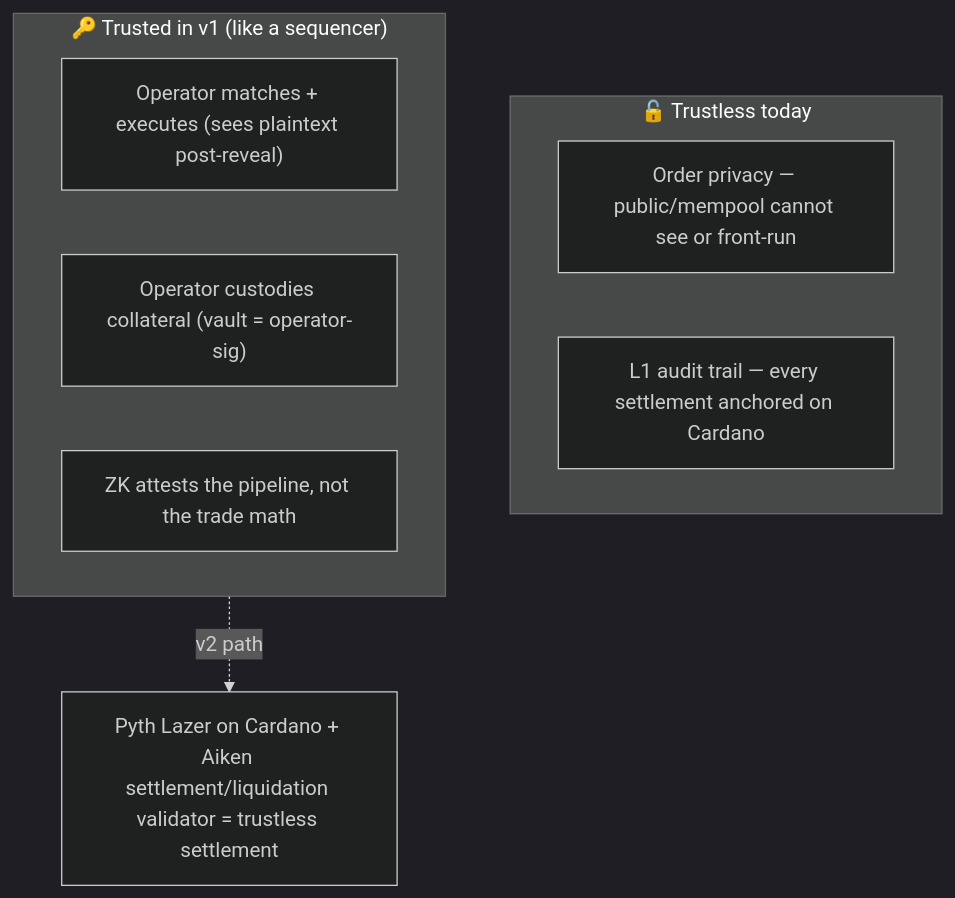
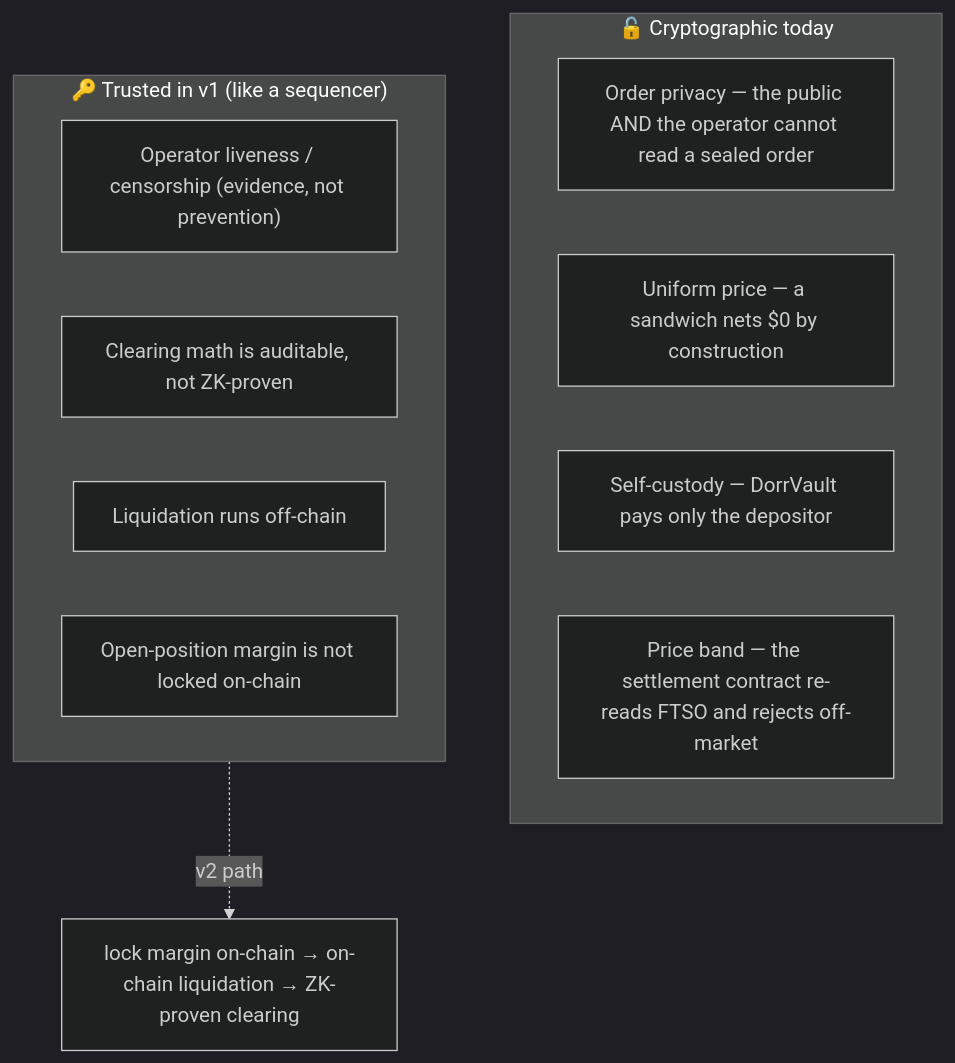
Before and after one commit to nickthelegend/dorr-flare: the fourth of 4 diagrams in docs/ARCHITECTURE.md, drawn with Mermaid (dark theme). The commit also changed other lines of this file and 215 other files, not shown here.

````diff
--- a/docs/ARCHITECTURE.md
+++ b/docs/ARCHITECTURE.md
@@ -113,13 +111,16 @@
 ```mermaid
 flowchart TB
-  subgraph T["🔓 Trustless today"]
-    P1["Order privacy — public/mempool cannot see or front-run"]
-    P2["L1 audit trail — every settlement anchored on Cardano"]
+  subgraph T["🔓 Cryptographic today"]
+    P1["Order privacy — the public AND the operator cannot read a sealed order"]
+    P2["Uniform price — a sandwich nets $0 by construction"]
+    P3["Self-custody — DorrVault pays only the depositor"]
+    P4["Price band — the settlement contract re-reads FTSO and rejects off-market"]
   end
   subgraph N["🔑 Trusted in v1 (like a sequencer)"]
-    N1["Operator matches + executes (sees plaintext post-reveal)"]
-    N2["Operator custodies collateral (vault = operator-sig)"]
-    N3["ZK attests the pipeline, not the trade math"]
+    N1["Operator liveness / censorship (evidence, not prevention)"]
+    N2["Clearing math is auditable, not ZK-proven"]
+    N3["Liquidation runs off-chain"]
+    N4["Open-position margin is not locked on-chain"]
   end
-  N -.->|v2 path| V["Pyth Lazer on Cardano + Aiken settlement/liquidation validator = trustless settlement"]
+  N -.->|v2 path| V["lock margin on-chain → on-chain liquidation → ZK-proven clearing"]
 ```
````
